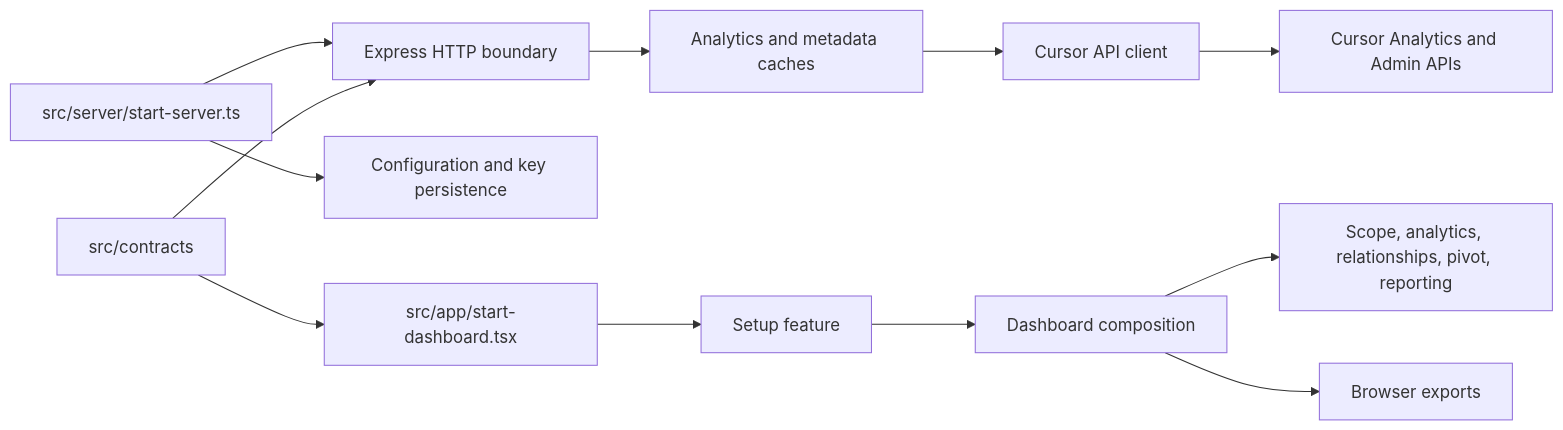
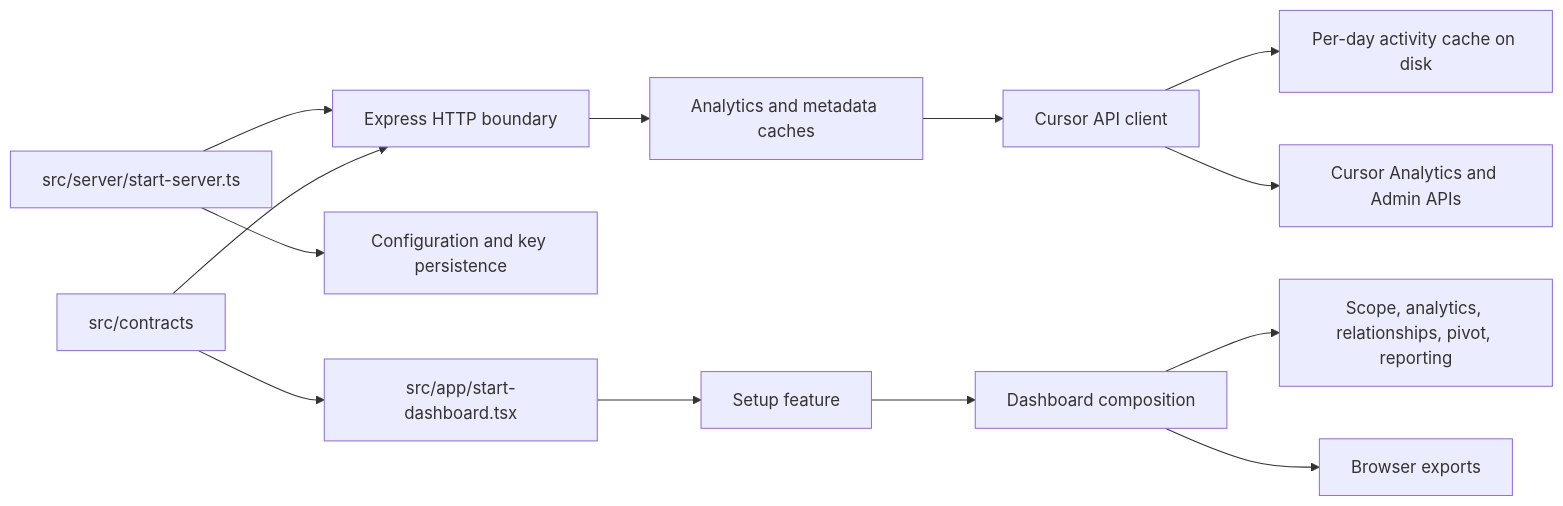
Before and after one commit to danielpilla/mcp-adoption-dashboard: the first of 4 diagrams in docs/architecture.md, drawn with Mermaid. The commit also changed other lines of this file and 42 other files, not shown here.

````diff
--- a/docs/architecture.md
+++ b/docs/architecture.md
@@ -9,16 +10,17 @@
 ```mermaid
 flowchart LR
   Entry["src/app/start-dashboard.tsx"] --> Setup["Setup feature"]
   Setup --> Dashboard["Dashboard composition"]
   Dashboard --> Features["Scope, analytics, relationships, pivot, reporting"]
   Dashboard --> Exports["Browser exports"]
 
   Server["src/server/start-server.ts"] --> Config["Configuration and key persistence"]
   Server --> HTTP["Express HTTP boundary"]
   HTTP --> Cache["Analytics and metadata caches"]
   Cache --> Cursor["Cursor API client"]
+  Cursor --> DayCache["Per-day activity cache on disk"]
   Cursor --> External["Cursor Analytics and Admin APIs"]
 
   Contracts["src/contracts"] --> Entry
   Contracts --> HTTP
 ```
````
